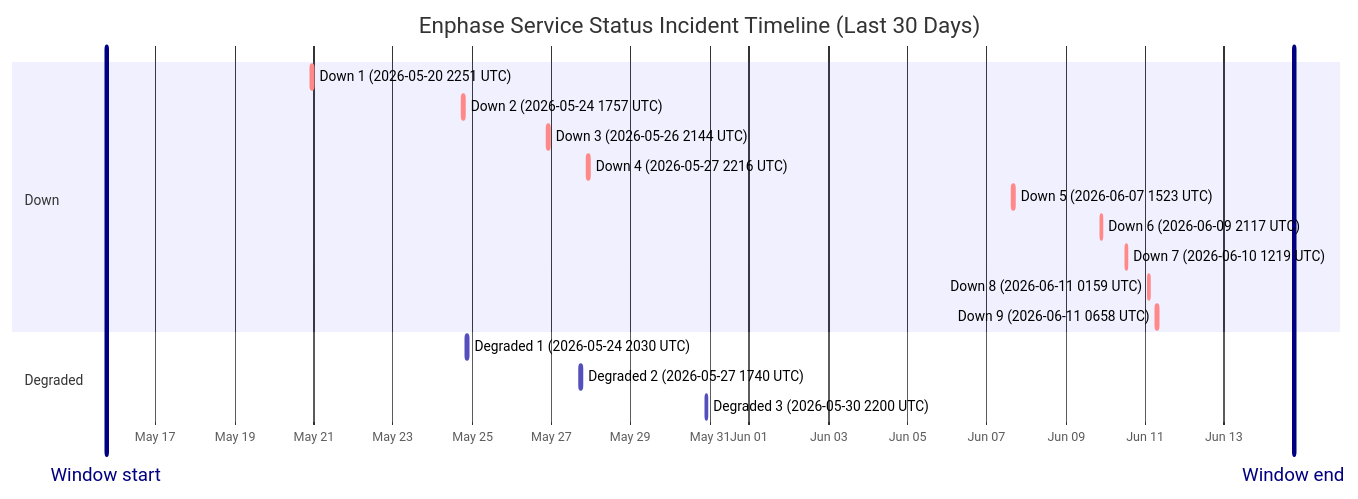
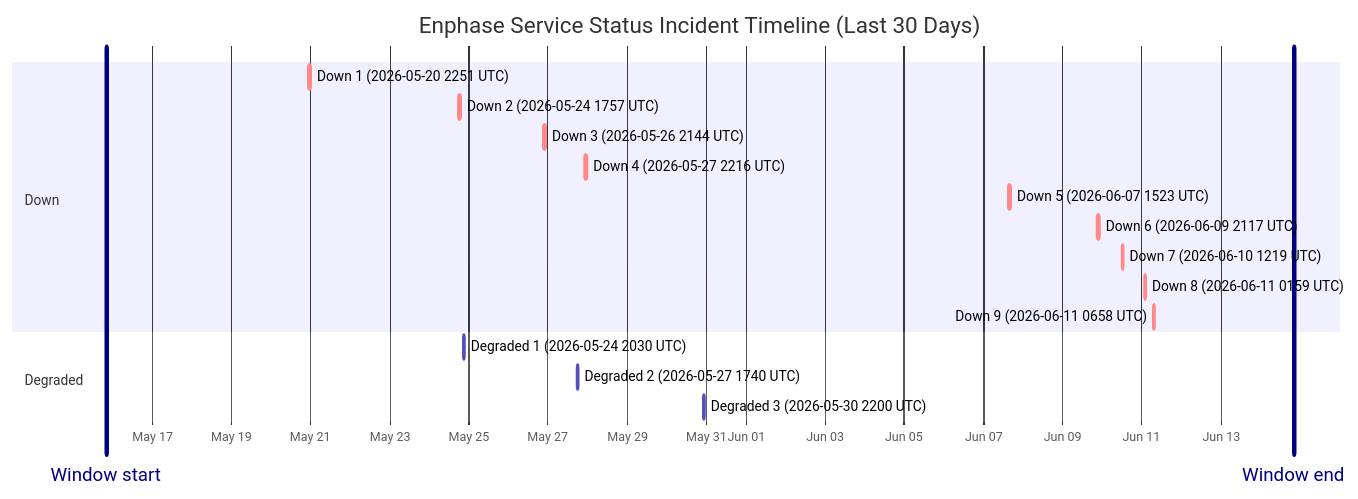
The diagram in wiki/Service-Status-History.md (barneyonline/ha-enphase-energy), drawn with Mermaid before and after one commit. The commit also changed other lines of this file and 3 other files, not shown here.

````diff
--- a/wiki/Service-Status-History.md
+++ b/wiki/Service-Status-History.md
@@ -14,22 +14,22 @@
 ```mermaid
 gantt
     title Enphase Service Status Incident Timeline (Last 30 Days)
     dateFormat  YYYY-MM-DDTHH:mm:ss
     axisFormat  %b %d
-    Window start :vert, window-start, 2026-05-15T18:11:16, 0ms
-    Window end :vert, window-end, 2026-06-14T18:11:16, 0ms
+    Window start :vert, window-start, 2026-05-15T20:05:43, 0ms
+    Window end :vert, window-end, 2026-06-14T20:05:43, 0ms
     section Down
     Down 1 (2026-05-20 2251 UTC) :crit, down-1, 2026-05-20T22:51:14, 75m
     Down 2 (2026-05-24 1757 UTC) :crit, down-2, 2026-05-24T17:57:41, 86m
     Down 3 (2026-05-26 2144 UTC) :crit, down-3, 2026-05-26T21:44:11, 85m
     Down 4 (2026-05-27 2216 UTC) :crit, down-4, 2026-05-27T22:16:53, 87m
     Down 5 (2026-06-07 1523 UTC) :crit, down-5, 2026-06-07T15:23:22, 87m
     Down 6 (2026-06-09 2117 UTC) :crit, down-6, 2026-06-09T21:17:17, 60m
     Down 7 (2026-06-10 1219 UTC) :crit, down-7, 2026-06-10T12:19:21, 60m
     Down 8 (2026-06-11 0159 UTC) :crit, down-8, 2026-06-11T01:59:36, 60m
     Down 9 (2026-06-11 0658 UTC) :crit, down-9, 2026-06-11T06:58:45, 60m
     section Degraded
     Degraded 1 (2026-05-24 2030 UTC) :active, degraded-1, 2026-05-24T20:30:57, 84m
     Degraded 2 (2026-05-27 1740 UTC) :active, degraded-2, 2026-05-27T17:40:52, 60m
     Degraded 3 (2026-05-30 2200 UTC) :active, degraded-3, 2026-05-30T22:00:37, 60m
 ```
````
